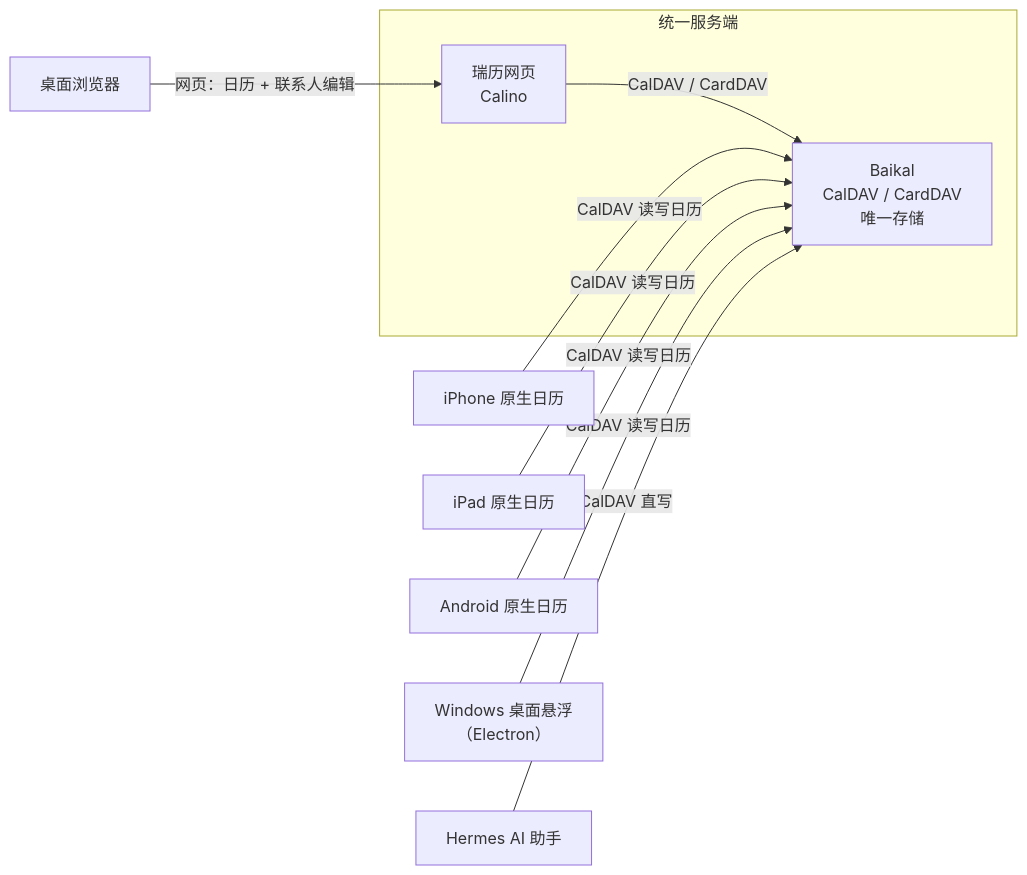
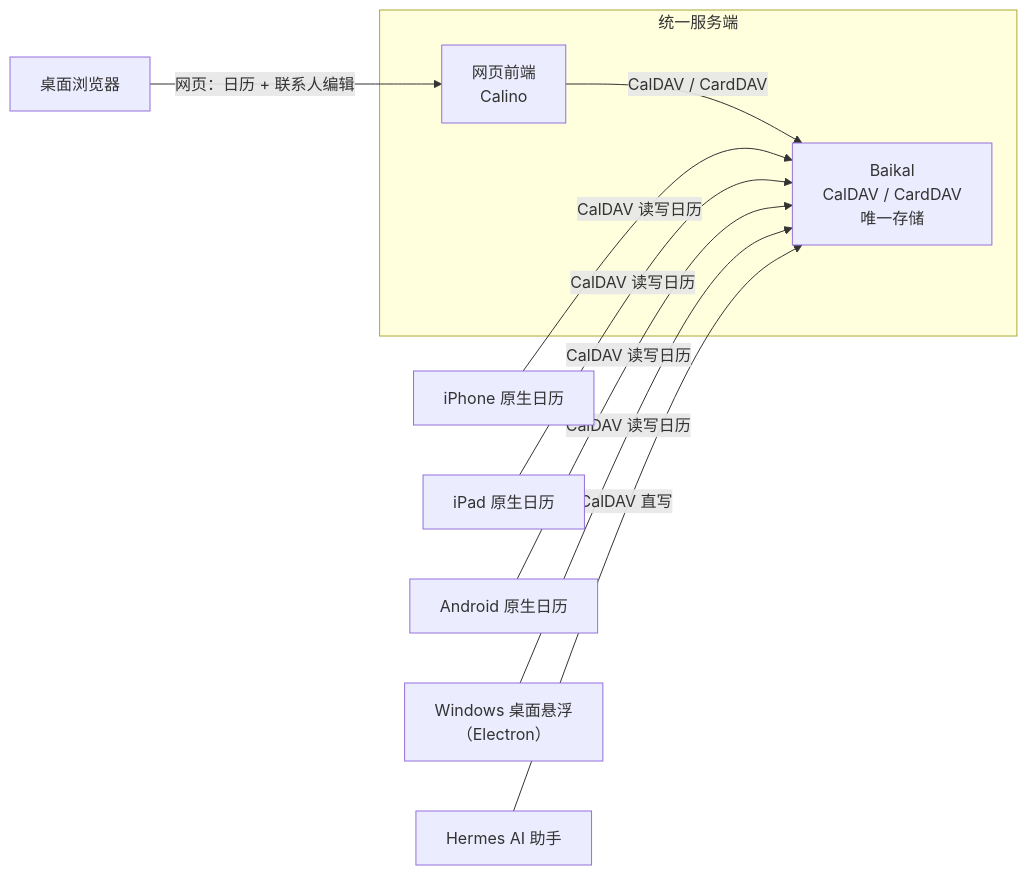
Before and after one commit to vector9584/rui-calendar: the fourth of 4 diagrams in README.md, drawn with Mermaid. The commit also changed other lines of this file and 4 other files, not shown here.

````diff
--- a/README.md
+++ b/README.md
@@ -207,22 +207,22 @@
 ```mermaid
 flowchart LR
     subgraph Service["统一服务端"]
         Baikal["Baikal<br/>CalDAV / CardDAV<br/>唯一存储"]
-        Calino["瑞历网页<br/>Calino"]
+        Calino["网页前端<br/>Calino"]
     end
 
     iPhone["iPhone 原生日历"]
     iPad["iPad 原生日历"]
     Android["Android 原生日历"]
     Browser["桌面浏览器"]
     WinExe["Windows 桌面悬浮<br/>（Electron）"]
     Hermes["Hermes AI 助手"]
 
     iPhone -->|"CalDAV 读写日历"| Baikal
     iPad -->|"CalDAV 读写日历"| Baikal
     Android -->|"CalDAV 读写日历"| Baikal
     WinExe -->|"CalDAV 读写日历"| Baikal
     Browser -->|"网页：日历 + 联系人编辑"| Calino
     Calino -->|"CalDAV / CardDAV"| Baikal
     Hermes -->|"CalDAV 直写"| Baikal
 ```
````
